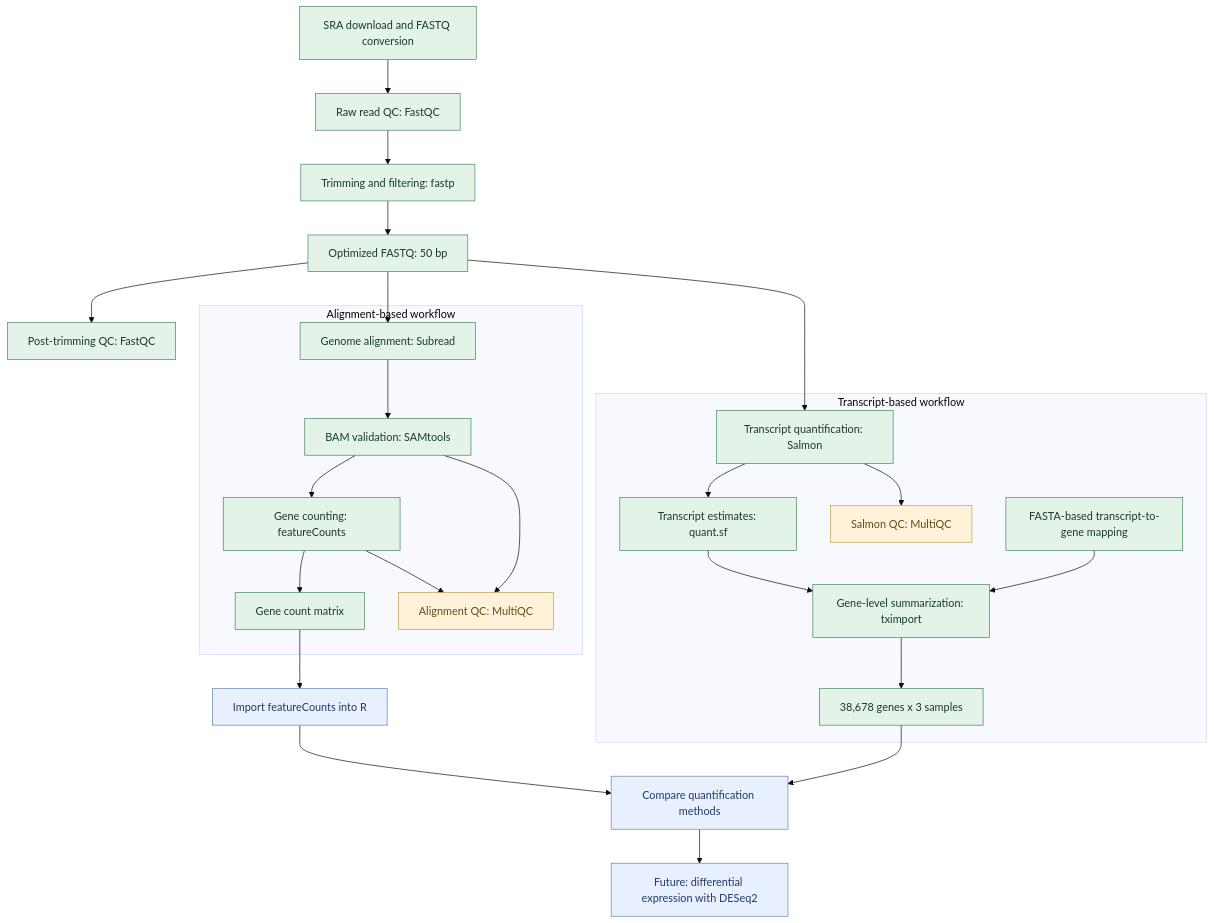
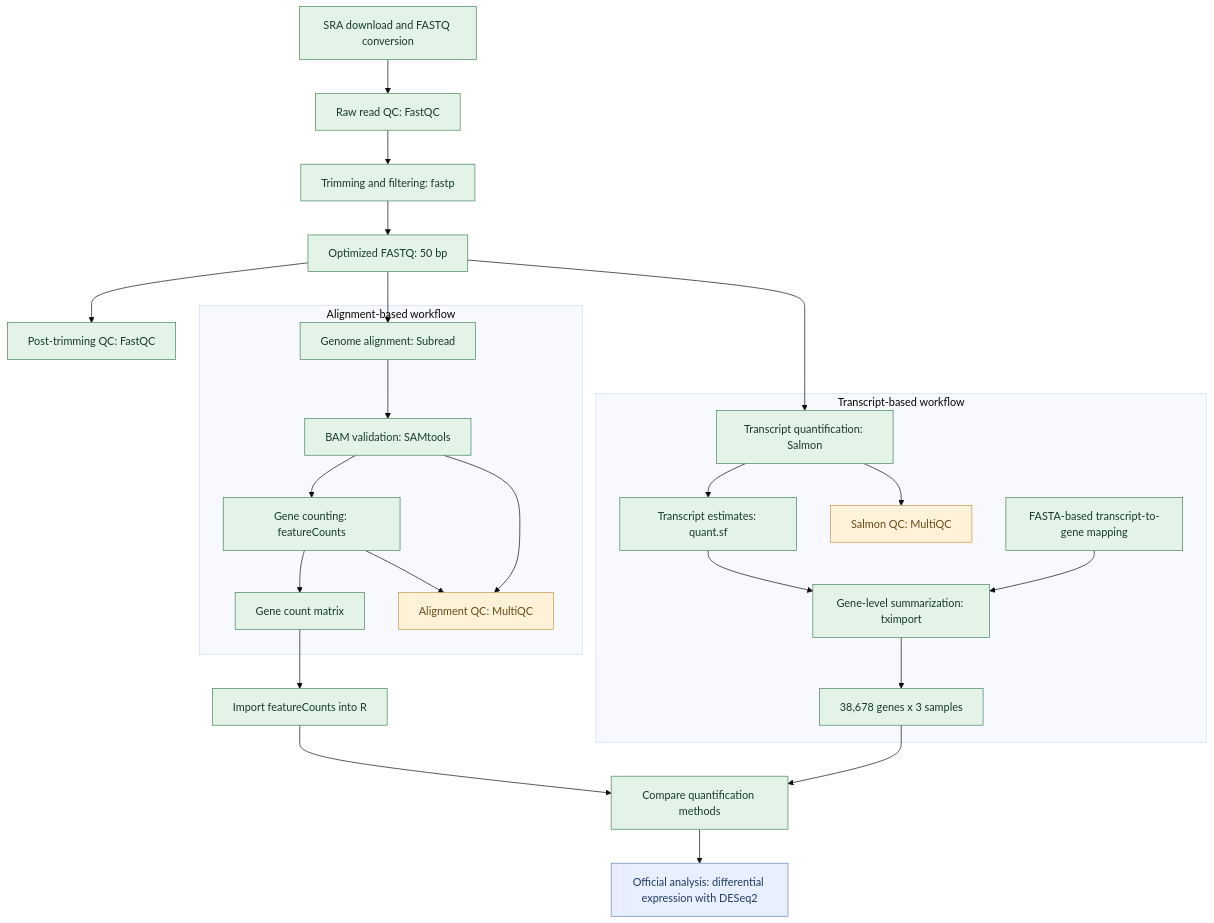
Before and after one commit to viancyrn/prueba_RNA-seq_analisis: the diagram in README.md, drawn with Mermaid (base theme). The commit also changed other lines of this file, not shown here.

````diff
--- a/README.md
+++ b/README.md
@@ -145,49 +152,49 @@
 ```mermaid
 flowchart TB
     A["SRA download and FASTQ conversion"]
     B["Raw read QC: FastQC"]
     C["Trimming and filtering: fastp"]
     D["Optimized FASTQ: 50 bp"]
     E["Post-trimming QC: FastQC"]
 
     A --> B --> C --> D --> E
 
     subgraph AB["Alignment-based workflow"]
         F["Genome alignment: Subread"]
         G["BAM validation: SAMtools"]
         H["Gene counting: featureCounts"]
         I["Gene count matrix"]
         J["Alignment QC: MultiQC"]
         F --> G --> H --> I
         G --> J
         H --> J
     end
 
     subgraph TBW["Transcript-based workflow"]
         K["Transcript quantification: Salmon"]
         L["Transcript estimates: quant.sf"]
         M["Salmon QC: MultiQC"]
         O["FASTA-based transcript-to-gene mapping"]
         P["Gene-level summarization: tximport"]
         Q["38,678 genes x 3 samples"]
         K --> L --> P --> Q
         O --> P
         K --> M
     end
 
     D --> F
     D --> K
 
     I --> R["Import featureCounts into R"]
     Q --> S["Compare quantification methods"]
     R --> S
-    S --> N["Future: differential expression with DESeq2"]
+    S --> N["Official analysis: differential expression with DESeq2"]
 
     classDef completed fill:#e4f3e8,stroke:#44845a,color:#173b29
     classDef planned fill:#e8efff,stroke:#6485b7,color:#213b62
     classDef report fill:#fff2d8,stroke:#c59a48,color:#654b19
 
-    class A,B,C,D,E,F,G,H,I,K,L,O,P,Q completed
-    class R,S,N planned
+    class A,B,C,D,E,F,G,H,I,K,L,O,P,Q,R,S completed
+    class N planned
     class J,M report
 ```
````
